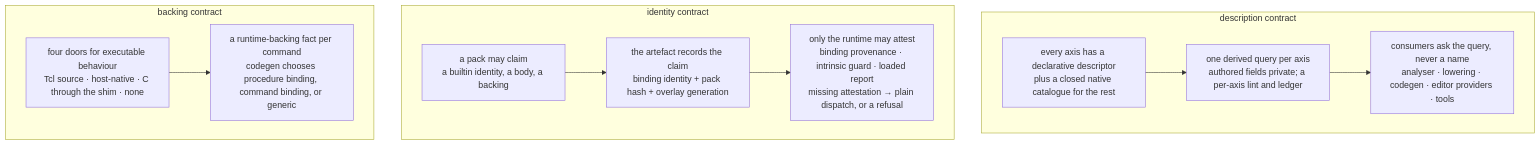
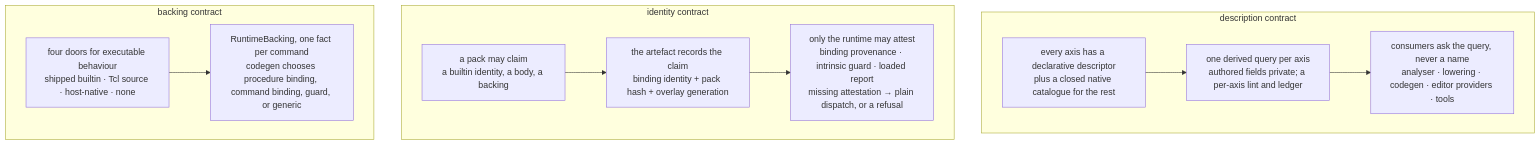
Before and after one commit to bitwisecook/tcl-lsp: the first of 4 diagrams in docs/design/compiler/registry-consumer-contracts.md, drawn with Mermaid. The commit also changed other lines of this file, not shown here.

First line of the commit message:
docs(design): registry consumer contracts — complete the description, identity and backing contracts

````diff
--- a/docs/design/compiler/registry-consumer-contracts.md
+++ b/docs/design/compiler/registry-consumer-contracts.md
@@ -58,14 +89,14 @@
 ```mermaid
 flowchart TB
     subgraph description["description contract"]
         D1["every axis has a declarative descriptor<br/>plus a closed native catalogue for the rest"] --> D2["one derived query per axis<br/>authored fields private; a per-axis lint and ledger"]
         D2 --> D3["consumers ask the query, never a name<br/>analyser · lowering · codegen · editor providers · tools"]
     end
     subgraph identity["identity contract"]
         I1["a pack may claim<br/>a builtin identity, a body, a backing"] --> I2["the artefact records the claim<br/>binding identity + pack hash + overlay generation"]
         I2 --> I3["only the runtime may attest<br/>binding provenance · intrinsic guard · loaded report<br/>missing attestation → plain dispatch, or a refusal"]
     end
     subgraph backing["backing contract"]
-        M1["four doors for executable behaviour<br/>Tcl source · host-native · C through the shim · none"] --> M2["a runtime-backing fact per command<br/>codegen chooses procedure binding, command binding, or generic"]
+        M1["four doors for executable behaviour<br/>shipped builtin · Tcl source · host-native · none"] --> M2["RuntimeBacking, one fact per command<br/>codegen chooses procedure binding, command binding, guard, or generic"]
     end
 ```
````
